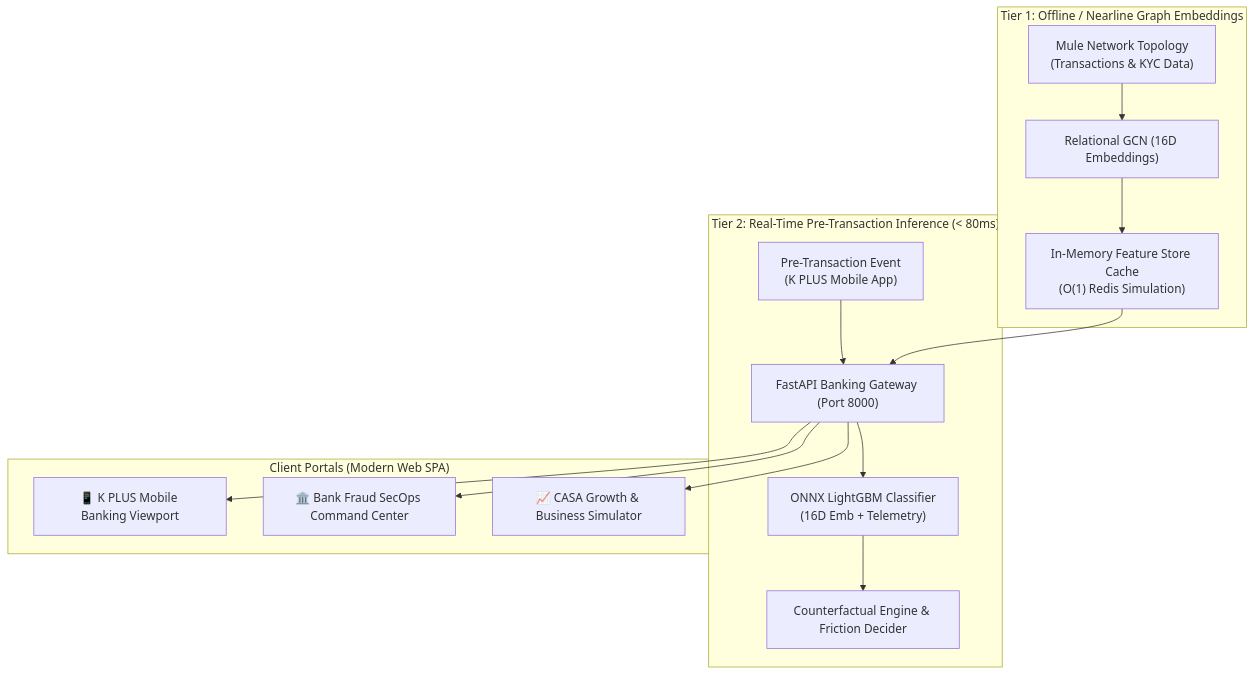
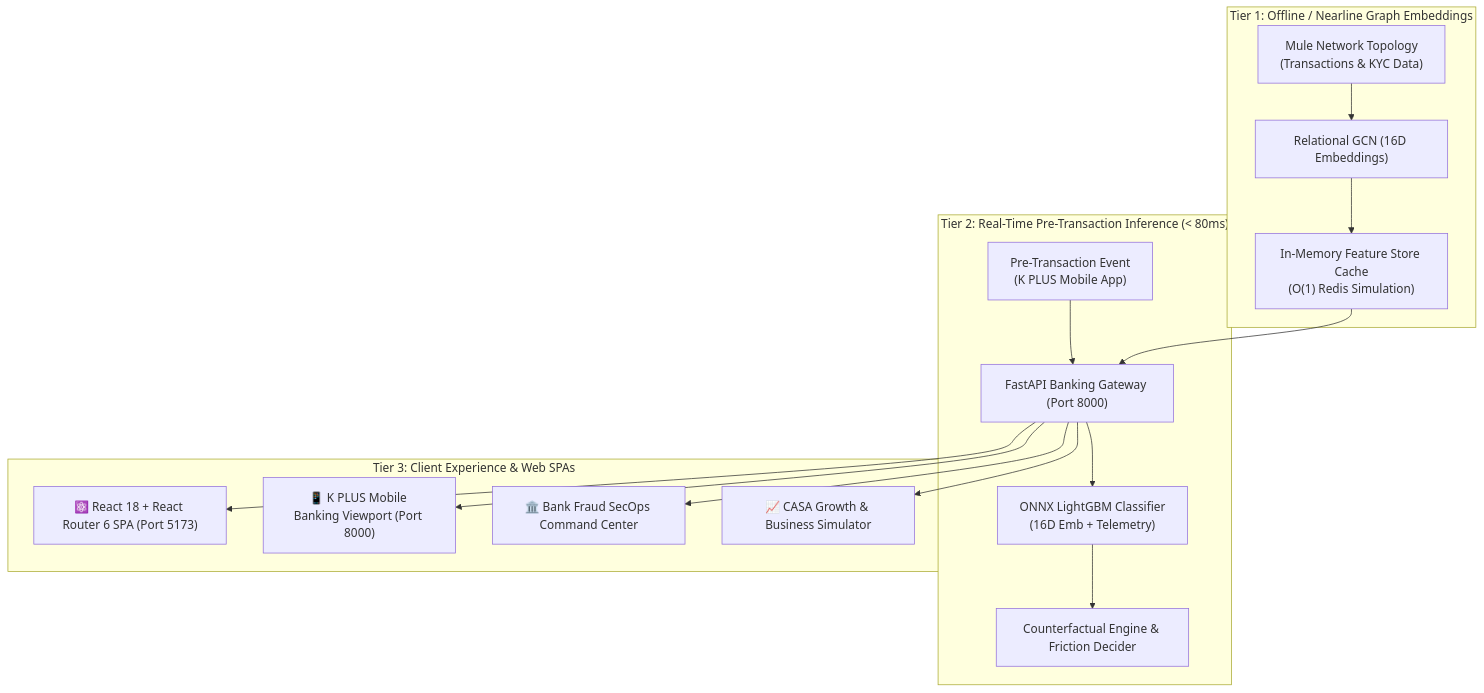
One commit to svkhun/k-sentinel-wealthpilot changed the diagram in README.md. Above: the diagram before and after it, drawn with Mermaid. The commit also changed other lines of this file and 47 other files, not shown here.

Commit message:
feat: implement React Router 6 multi-page navigation and update documentation

````diff
--- a/README.md
+++ b/README.md
@@ -50,20 +76,21 @@
 ```mermaid
 graph TD
     subgraph "Tier 1: Offline / Nearline Graph Embeddings"
         GraphData["Mule Network Topology<br/>(Transactions & KYC Data)"] --> RGCN["Relational GCN (16D Embeddings)"]
         RGCN --> FStore["In-Memory Feature Store Cache<br/>(O(1) Redis Simulation)"]
     end
 
     subgraph "Tier 2: Real-Time Pre-Transaction Inference (< 80ms)"
         ClientTX["Pre-Transaction Event<br/>(K PLUS Mobile App)"] --> API["FastAPI Banking Gateway (Port 8000)"]
         FStore --> API
         API --> LGBM["ONNX LightGBM Classifier<br/>(16D Emb + Telemetry)"]
         LGBM --> XAI["Counterfactual Engine & Friction Decider"]
     end
 
-    subgraph "Client Portals (Modern Web SPA)"
-        API --> WebMobile["📱 K PLUS Mobile Banking Viewport"]
+    subgraph "Tier 3: Client Experience & Web SPAs"
+        API --> ReactRouter["⚛️ React 18 + React Router 6 SPA (Port 5173)"]
+        API --> WebMobile["📱 K PLUS Mobile Banking Viewport (Port 8000)"]
         API --> WebSecOps["🏛️ Bank Fraud SecOps Command Center"]
         API --> WebCASA["📈 CASA Growth & Business Simulator"]
     end
 ```
````
